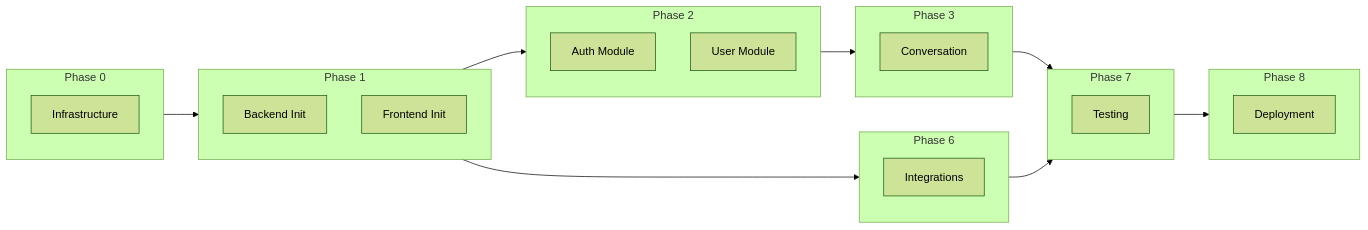
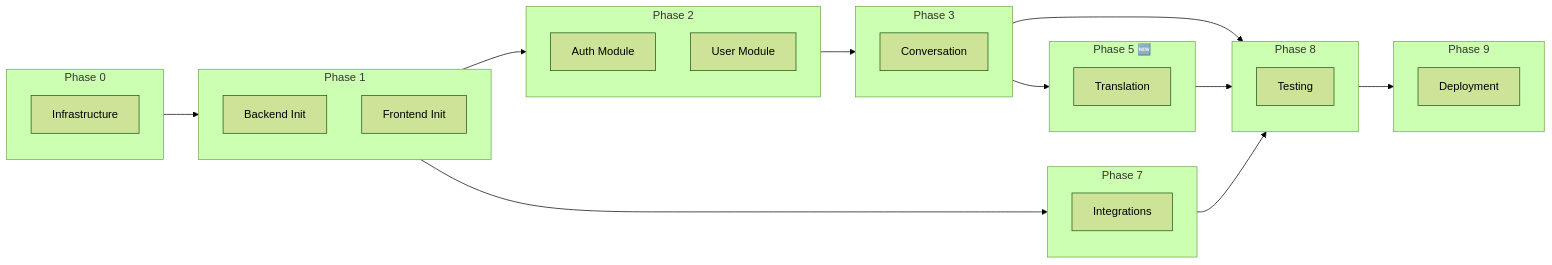
The diagram in docs/implementation-plan/_index.md (vunguyen9584/SpeakPal), drawn with Mermaid (forest theme) before and after one commit. The commit also changed other lines of this file and 40 other files, not shown here.

````diff
--- a/docs/implementation-plan/_index.md
+++ b/docs/implementation-plan/_index.md
@@ -48,40 +75,46 @@
 ```mermaid
 flowchart LR
     subgraph P0[Phase 0]
         INF[Infrastructure]
     end
 
     subgraph P1[Phase 1]
         BE1[Backend Init]
         FE1[Frontend Init]
     end
 
     subgraph P2[Phase 2]
         AUTH[Auth Module]
         USER[User Module]
     end
 
     subgraph P3[Phase 3]
         CONV[Conversation]
     end
 
-    subgraph P6[Phase 6]
+    subgraph P5[Phase 5 🆕]
+        TRANS[Translation]
+    end
+
+    subgraph P7[Phase 7]
         INT[Integrations]
     end
 
-    subgraph P7[Phase 7]
+    subgraph P8[Phase 8]
         QA[Testing]
     end
 
-    subgraph P8[Phase 8]
+    subgraph P9[Phase 9]
         DEP[Deployment]
     end
 
     P0 --> P1
     P1 --> P2
     P2 --> P3
-    P1 --> P6
-    P3 --> P7
-    P6 --> P7
+    P3 --> P5
+    P1 --> P7
+    P3 --> P8
+    P5 --> P8
     P7 --> P8
+    P8 --> P9
 ```
````
